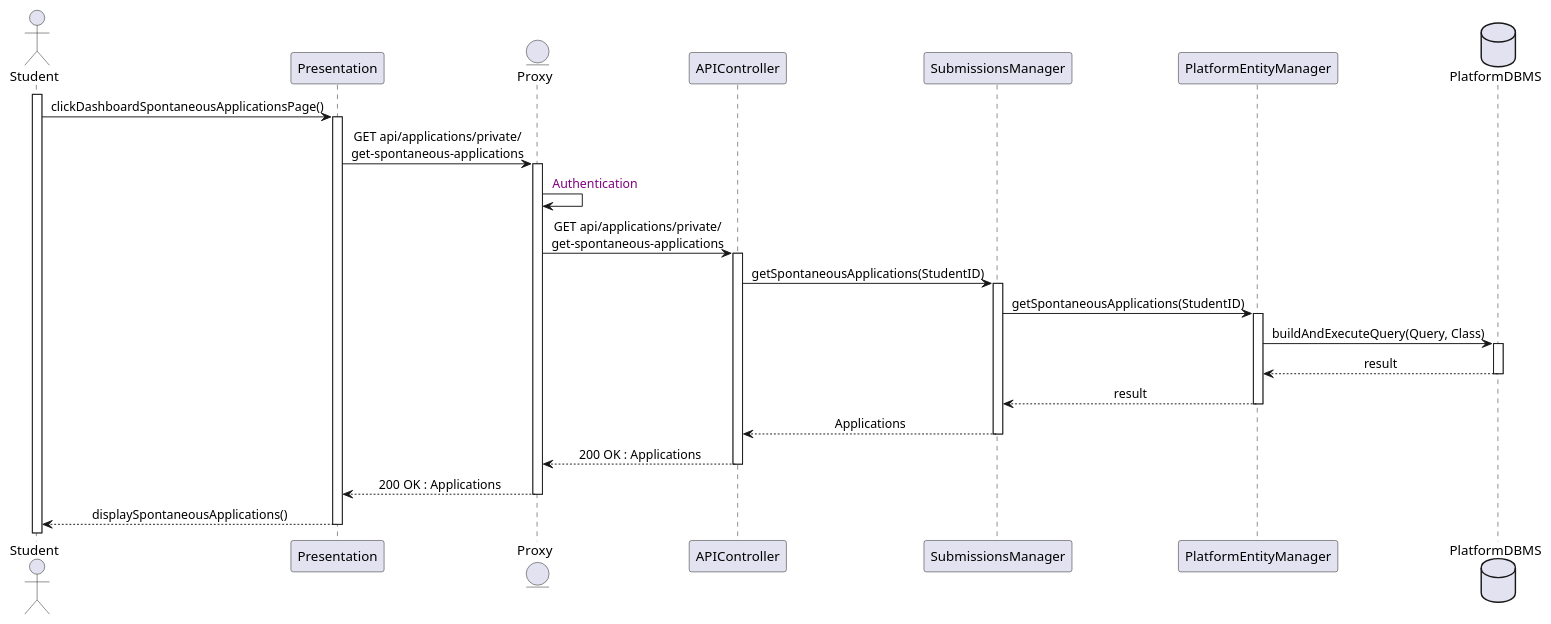
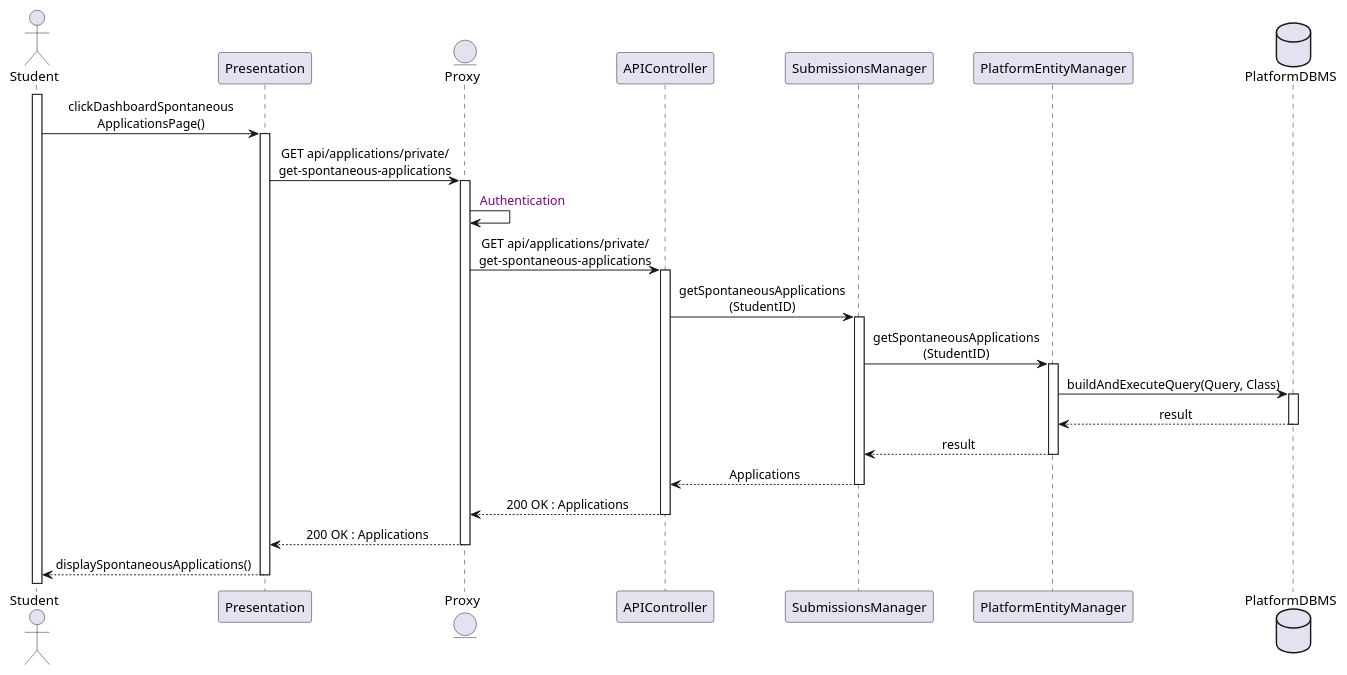
The diagram in Diagrams/SequenceDiagrams/DD/13StudentSeeSpontaneousApplications.wsd (Slaitroc/RicciPaoliGrisoni), drawn with PlantUML before and after one commit.

Commit message:
Update Student See Spontaneous Applications Sequence Diagram for improved readability in API call formatting

```diff
--- a/Diagrams/SequenceDiagrams/DD/13StudentSeeSpontaneousApplications.wsd
+++ b/Diagrams/SequenceDiagrams/DD/13StudentSeeSpontaneousApplications.wsd
@@ -1,37 +1,37 @@
 @startuml 13StudentSeeSpontaneousApplications
 skinparam sequenceMessageAlign center
 actor       Student
 participant Presentation
 entity      Proxy
 participant APIController
 participant SubmissionsManager
 participant PlatformEntityManager
 database    PlatformDBMS
 
 activate Student
-Student -> Presentation : clickDashboardSpontaneousApplicationsPage()
+Student -> Presentation : clickDashboardSpontaneous\nApplicationsPage()
 activate Presentation
 Presentation -> Proxy : GET api/applications/private/\nget-spontaneous-applications
 activate Proxy
 Proxy -> Proxy : <color:purple> Authentication
 Proxy -> APIController : GET api/applications/private/\nget-spontaneous-applications
 activate APIController
-APIController -> SubmissionsManager : getSpontaneousApplications(StudentID)
+APIController -> SubmissionsManager : getSpontaneousApplications\n(StudentID)
 activate SubmissionsManager
-SubmissionsManager -> PlatformEntityManager : getSpontaneousApplications(StudentID)
+SubmissionsManager -> PlatformEntityManager : getSpontaneousApplications\n(StudentID)
 activate PlatformEntityManager
 PlatformEntityManager -> PlatformDBMS : buildAndExecuteQuery(Query, Class)
 activate PlatformDBMS
 PlatformDBMS --> PlatformEntityManager : result
 deactivate PlatformDBMS
 PlatformEntityManager --> SubmissionsManager : result
 deactivate PlatformEntityManager
 SubmissionsManager --> APIController : Applications
 deactivate SubmissionsManager
 APIController --> Proxy : 200 OK : Applications
 deactivate APIController
 Proxy --> Presentation : 200 OK : Applications
 deactivate Proxy
 Presentation --> Student : displaySpontaneousApplications()
 deactivate Presentation
 @enduml
```
